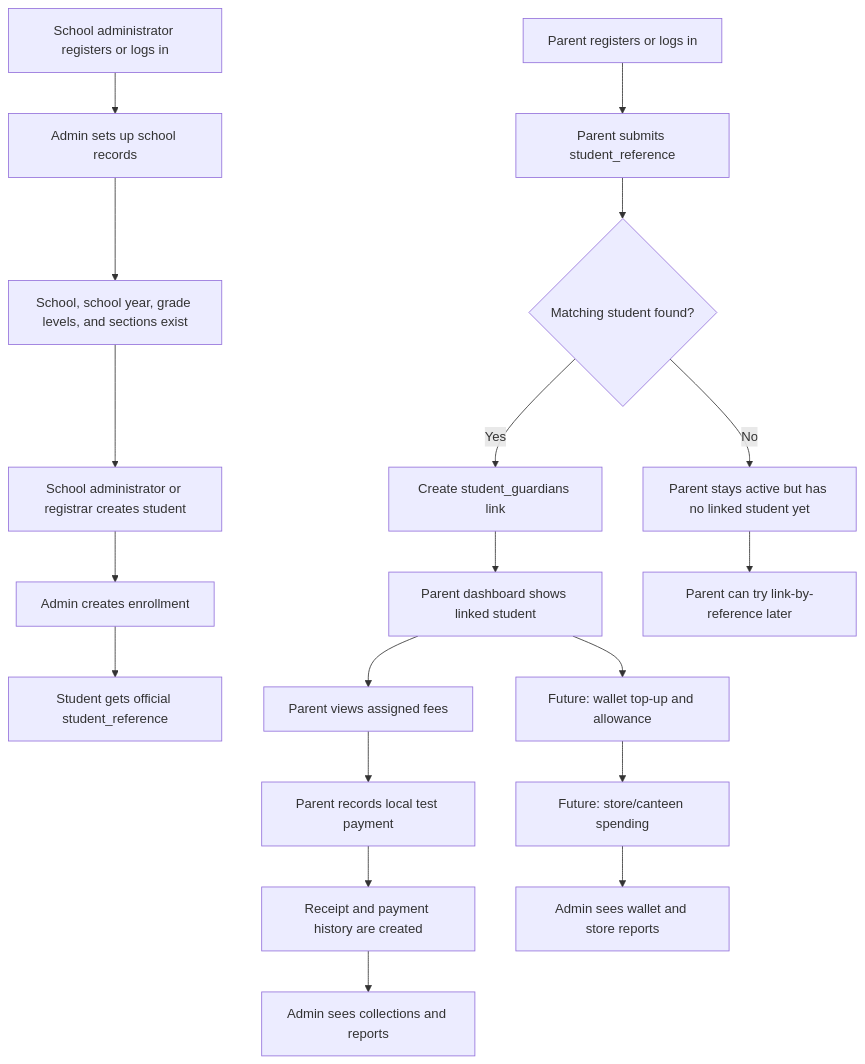
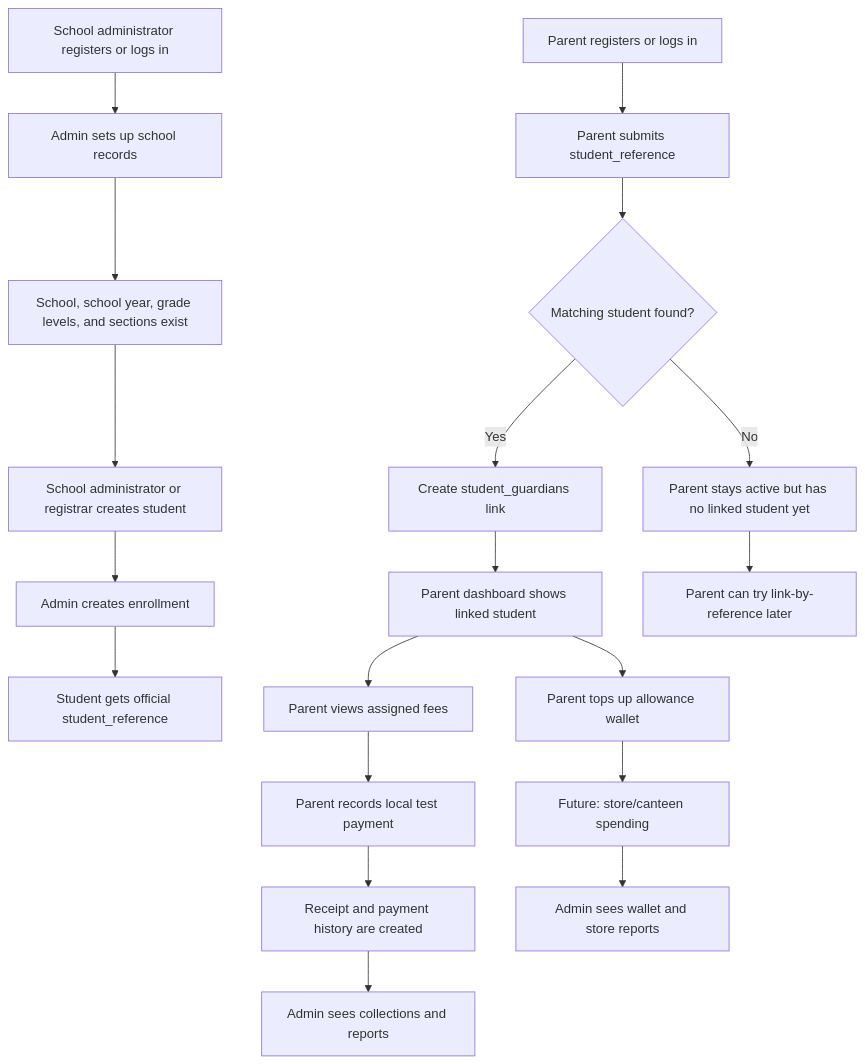
The first of 14 diagrams in docs/PROJECT_FLOWCHARTS.md (Xeyn19/xmetapay), drawn with Mermaid before and after one commit. The commit also changed other lines of this file and 17 other files, not shown here.

````diff
--- a/docs/PROJECT_FLOWCHARTS.md
+++ b/docs/PROJECT_FLOWCHARTS.md
@@ -61,24 +63,24 @@
 ```mermaid
 flowchart TD
   A["School administrator registers or logs in"] --> B["Admin sets up school records"]
   B --> C["School, school year, grade levels, and sections exist"]
   C --> D["School administrator or registrar creates student"]
   D --> E["Admin creates enrollment"]
   E --> F["Student gets official student_reference"]
 
   G["Parent registers or logs in"] --> H["Parent submits student_reference"]
   H --> I{"Matching student found?"}
   I -->|Yes| J["Create student_guardians link"]
   I -->|No| K["Parent stays active but has no linked student yet"]
   J --> L["Parent dashboard shows linked student"]
   K --> M["Parent can try link-by-reference later"]
 
   L --> N["Parent views assigned fees"]
   N --> O["Parent records local test payment"]
   O --> P["Receipt and payment history are created"]
-  L --> Q["Future: wallet top-up and allowance"]
+  L --> Q["Parent tops up allowance wallet"]
   Q --> R["Future: store/canteen spending"]
 
   P --> S["Admin sees collections and reports"]
   R --> T["Admin sees wallet and store reports"]
 ```
````
